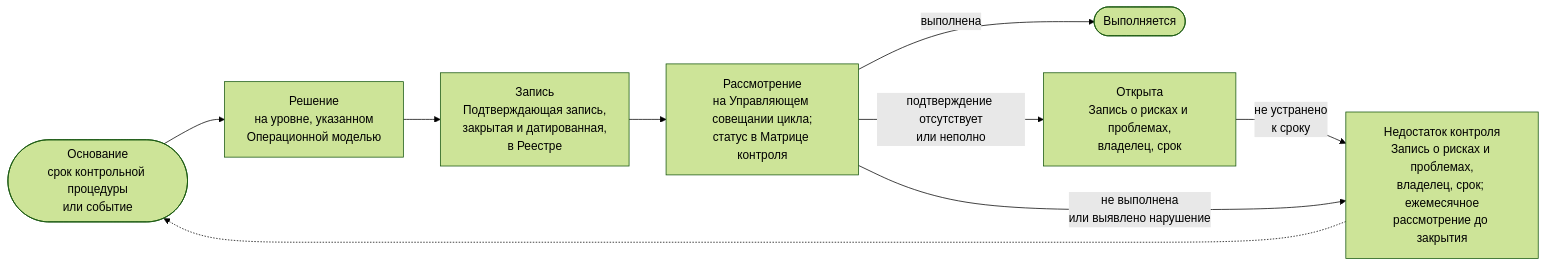
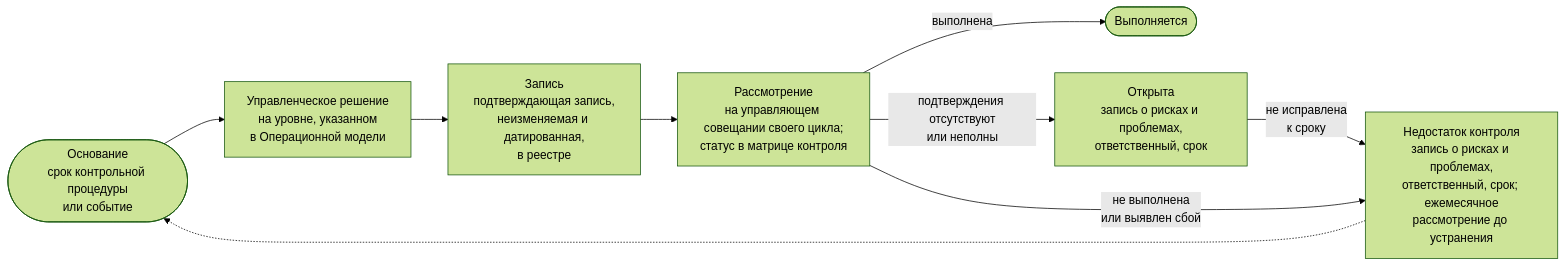
Before and after one commit to devhogu/ob-aicc: the diagram in portal/content/ru/governance/controls-and-the-catalogue.md, drawn with Mermaid (forest theme). The commit also changed other lines of this file and 18 other files, not shown here.

````diff
--- a/portal/content/ru/governance/controls-and-the-catalogue.md
+++ b/portal/content/ru/governance/controls-and-the-catalogue.md
@@ -31,11 +31,11 @@
 ```mermaid
 flowchart LR
-  T(["Основание<br/>срок контрольной процедуры<br/>или событие"]) --> D["Решение<br/>на уровне, указанном<br/>Операционной моделью"]
-  D --> R["Запись<br/>Подтверждающая запись,<br/>закрытая и датированная,<br/>в Реестре"]
-  R --> V["Рассмотрение<br/>на Управляющем совещании цикла;<br/>статус в Матрице контроля"]
+  T(["Основание<br/>срок контрольной процедуры<br/>или событие"]) --> D["Управленческое решение<br/>на уровне, указанном<br/>в Операционной модели"]
+  D --> R["Запись<br/>подтверждающая запись,<br/>неизменяемая и датированная,<br/>в реестре"]
+  R --> V["Рассмотрение<br/>на управляющем совещании своего цикла;<br/>статус в матрице контроля"]
   V -->|"выполнена"| OK(["Выполняется"])
-  V -->|"подтверждение отсутствует<br/>или неполно"| OP["Открыта<br/>Запись о рисках и проблемах,<br/>владелец, срок"]
-  OP -->|"не устранено<br/>к сроку"| DF
-  V -->|"не выполнена<br/>или выявлено нарушение"| DF["Недостаток контроля<br/>Запись о рисках и проблемах,<br/>владелец, срок; ежемесячное<br/>рассмотрение до закрытия"]
+  V -->|"подтверждения отсутствуют<br/>или неполны"| OP["Открыта<br/>запись о рисках и проблемах,<br/>ответственный, срок"]
+  OP -->|"не исправлена<br/>к сроку"| DF
+  V -->|"не выполнена<br/>или выявлен сбой"| DF["Недостаток контроля<br/>запись о рисках и проблемах,<br/>ответственный, срок; ежемесячное<br/>рассмотрение до устранения"]
   DF -.-> T
 ```
````
